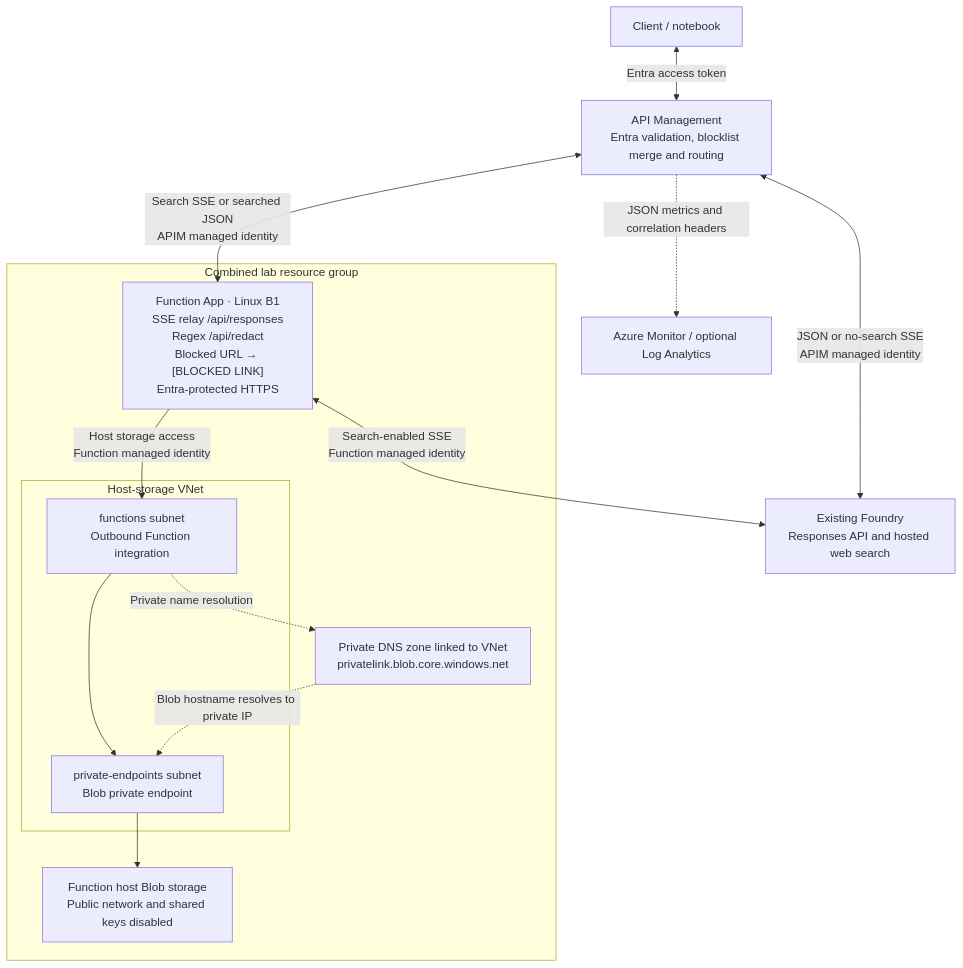
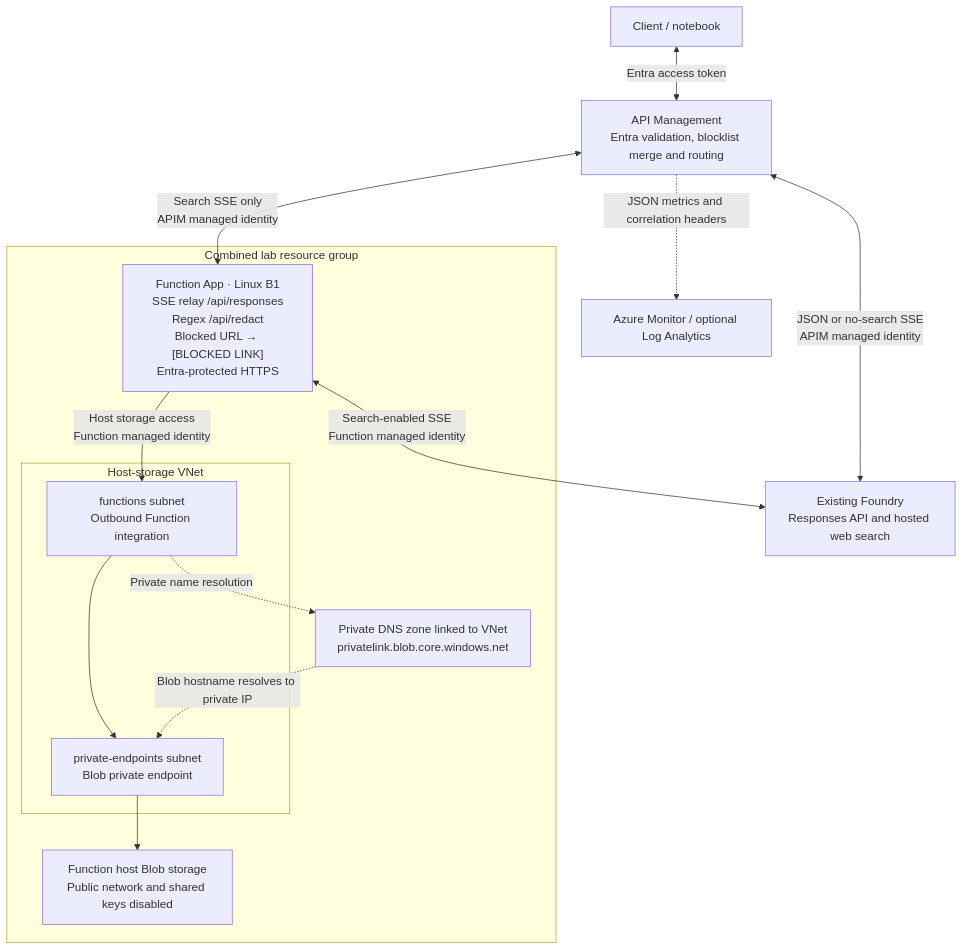
The first of 2 diagrams in labs/ai-foundry-web-search-blocklist-function/README.md (jakeatmsft/AI-Gateway), drawn with Mermaid before and after one commit. The commit also changed other lines of this file and 8 other files, not shown here.

Commit message:
updated non-streaming path to flow straight to backend

````diff
--- a/labs/ai-foundry-web-search-blocklist-function/README.md
+++ b/labs/ai-foundry-web-search-blocklist-function/README.md
@@ -31,27 +33,27 @@
 ```mermaid
 flowchart TB
     Client["Client / notebook"]
     APIM["API Management<br/>Entra validation, blocklist merge and routing"]
     Foundry["Existing Foundry<br/>Responses API and hosted web search"]
     Logs["Azure Monitor / optional Log Analytics"]
     subgraph Lab["Combined lab resource group"]
         Function["Function App · Linux B1<br/>SSE relay /api/responses<br/>Regex /api/redact<br/>Blocked URL → [BLOCKED LINK]<br/>Entra-protected HTTPS"]
         subgraph VNet["Host-storage VNet"]
             Integration["functions subnet<br/>Outbound Function integration"]
             Endpoint["private-endpoints subnet<br/>Blob private endpoint"]
         end
         DNS["Private DNS zone linked to VNet<br/>privatelink.blob.core.windows.net"]
         Storage["Function host Blob storage<br/>Public network and shared keys disabled"]
     end
 
     Client <-->|"Entra access token"| APIM
     APIM <-->|"JSON or no-search SSE<br/>APIM managed identity"| Foundry
-    APIM <-->|"Search SSE or searched JSON<br/>APIM managed identity"| Function
+    APIM <-->|"Search SSE only<br/>APIM managed identity"| Function
     Function <-->|"Search-enabled SSE<br/>Function managed identity"| Foundry
     APIM -.->|"JSON metrics and correlation headers"| Logs
     Function -->|"Host storage access<br/>Function managed identity"| Integration
     Integration --> Endpoint
     Endpoint --> Storage
     Integration -.->|"Private name resolution"| DNS
     DNS -.->|"Blob hostname resolves to private IP"| Endpoint
 ```
````
